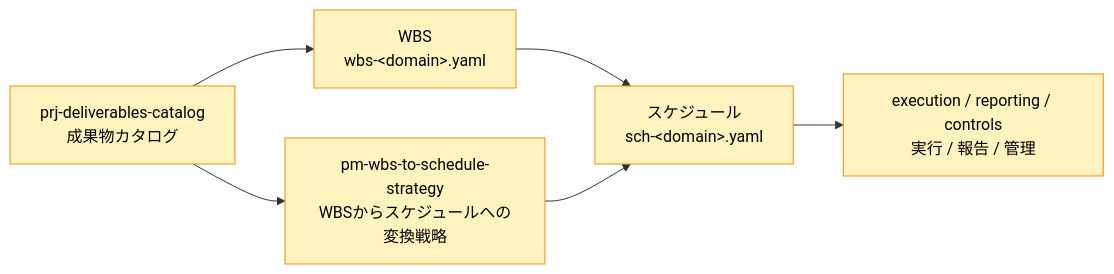
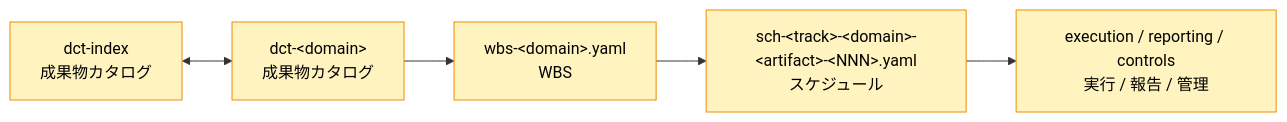
The fourth of 4 diagrams in docs/ja/specdojo/guidelines/docs-structure-guide.md (specdojo/specdojo-handbook), drawn with Mermaid before and after one commit. The commit also changed other lines of this file and 2 other files, not shown here.

Commit message:
docs: 図の修正

````diff
--- a/docs/ja/specdojo/guidelines/docs-structure-guide.md
+++ b/docs/ja/specdojo/guidelines/docs-structure-guide.md
@@ -398,16 +418,14 @@
 ```mermaid
 flowchart LR
 
-  DC["prj-deliverables-catalog<br/>成果物カタログ"]
-  WBS["WBS<br/>wbs-&lt;domain&gt;.yaml"]
-  W2S["pm-wbs-to-schedule-strategy<br/>WBSからスケジュールへの変換戦略"]
-  SCH["スケジュール<br/>sch-&lt;domain&gt;.yaml"]
+  DCI["dct-index<br/>成果物カタログ"]
+  DC["dct-&lt;domain&gt;<br/>成果物カタログ"]
+  WBS["wbs-&lt;domain&gt;.yaml<br/>WBS"]
+  SCH["sch-&lt;track&gt;-&lt;domain&gt;-&lt;artifact&gt;-&lt;NNN&gt;.yaml<br/>スケジュール"]
   EXE["execution / reporting / controls<br/>実行 / 報告 / 管理"]
 
-  DC --> WBS --> SCH --> EXE
-  W2S --> SCH
-  DC --> W2S
+  DCI <--> DC --> WBS --> SCH --> EXE
 
   classDef projectWise fill:#fff3bf,stroke:#f08c00,color:#000;
-  class DC,W2S,WBS,SCH,EXE projectWise;
+  class DCI,DC,WBS,SCH,EXE projectWise;
 ```
````
